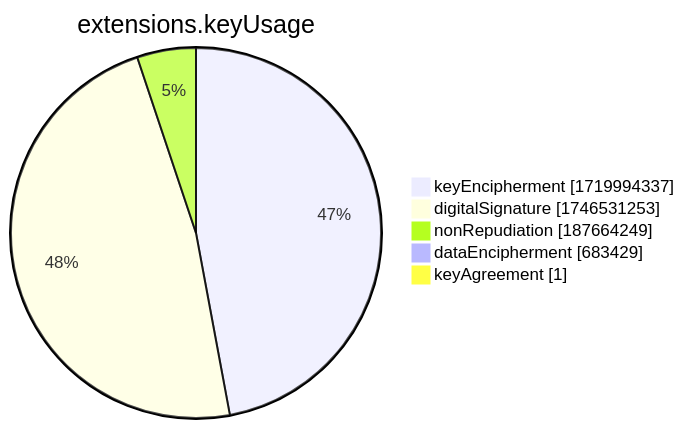
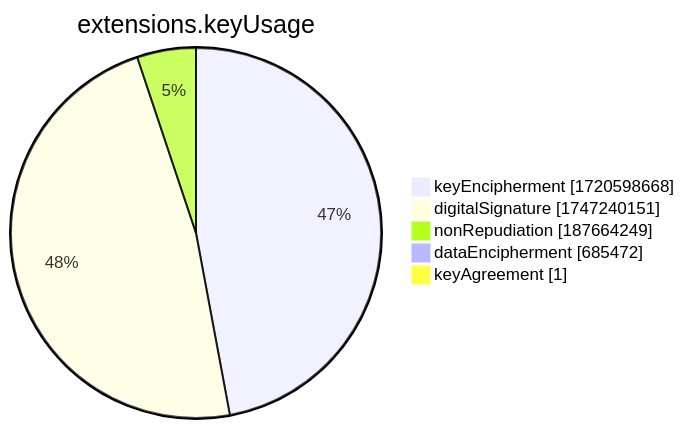
The seventh of 15 diagrams in xenon2022/README.md (christiankrug/ctmonitor_visualization), drawn with Mermaid before and after one commit. The commit also changed other lines of this file, not shown here.

````diff
--- a/xenon2022/README.md
+++ b/xenon2022/README.md
@@ -2858,9 +2858,9 @@
 ```mermaid
 pie showData
 title extensions.keyUsage
-"keyEncipherment" :1719994337
-"digitalSignature" :1746531253
+"keyEncipherment" :1720598668
+"digitalSignature" :1747240151
 "nonRepudiation" :187664249
-"dataEncipherment" :683429
+"dataEncipherment" :685472
 "keyAgreement" :1
 ```
````
